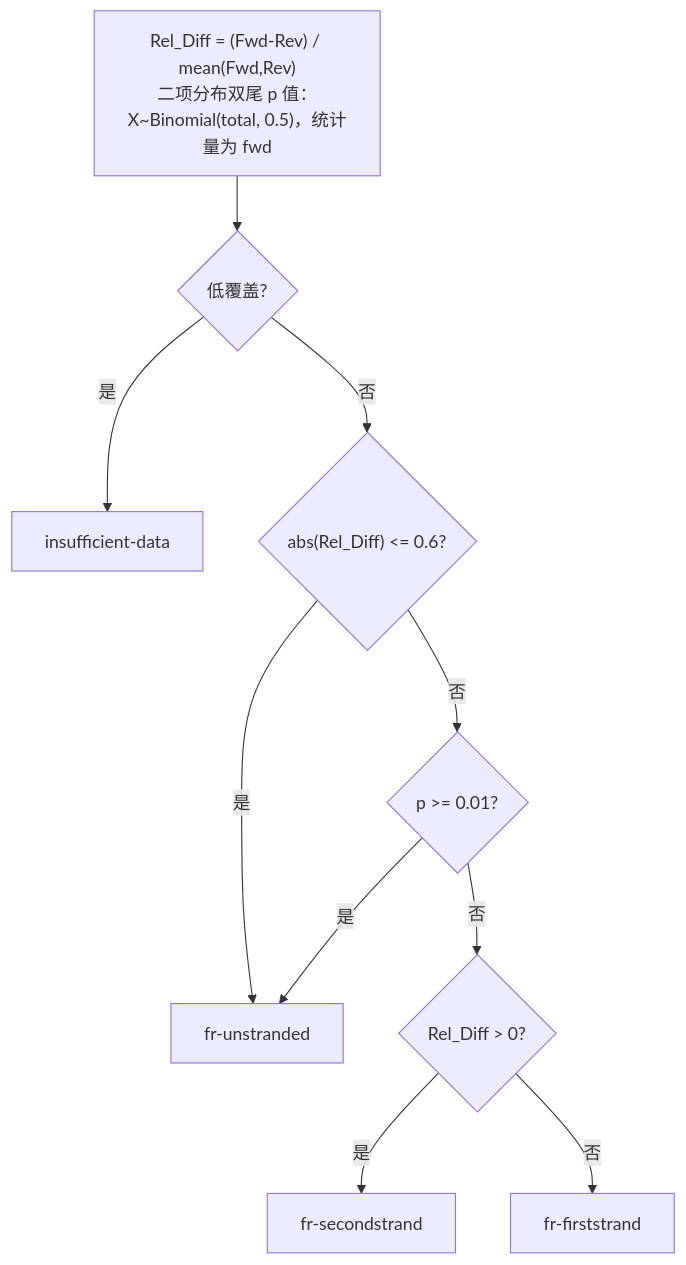
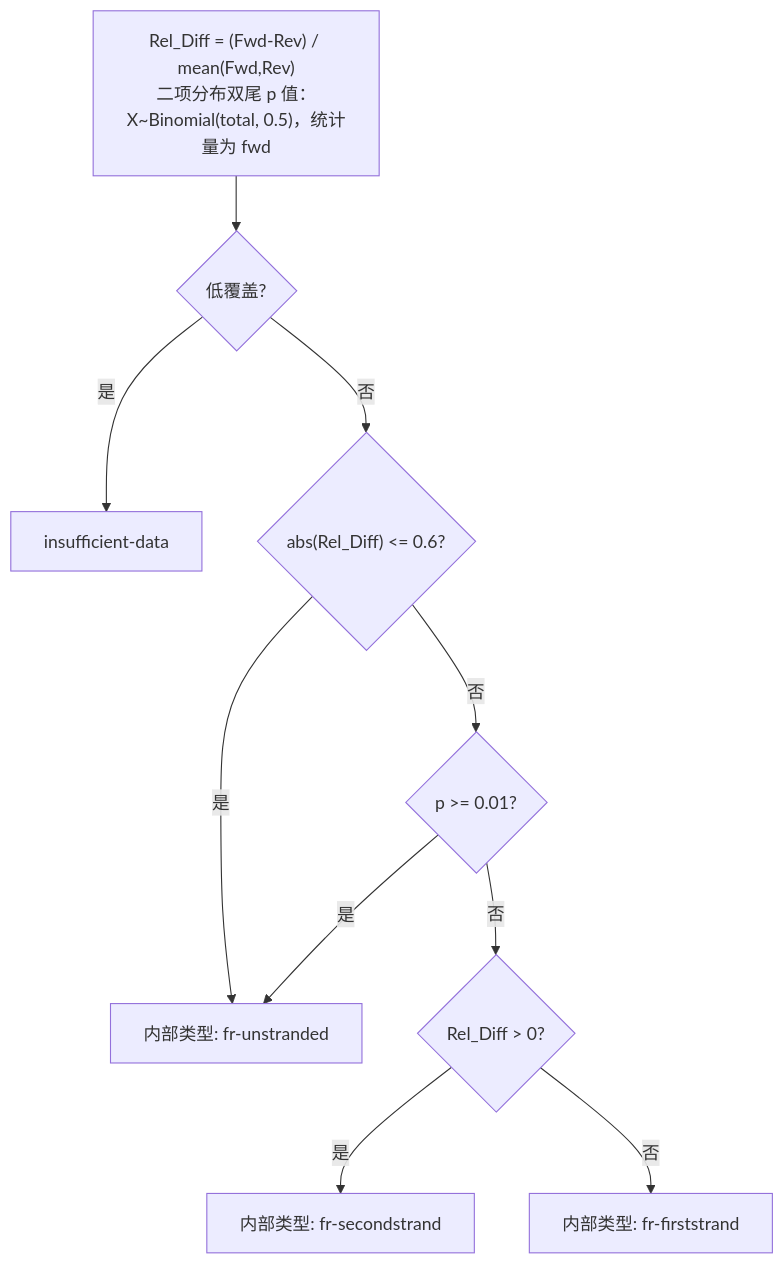
The third of 3 diagrams in README_zh.md (yudalang3/resolveS), drawn with Mermaid before and after one commit. The commit also changed other lines of this file and 12 other files, not shown here.

````diff
--- a/README_zh.md
+++ b/README_zh.md
@@ -246,12 +262,12 @@
 ```mermaid
 flowchart TD
     A["Rel_Diff = (Fwd-Rev) / mean(Fwd,Rev)<br/>二项分布双尾 p 值：X~Binomial(total, 0.5)，统计量为 fwd"] --> B{"低覆盖?"}
     B -->|是| C["insufficient-data"]
     B -->|否| D{"abs(Rel_Diff) <= 0.6?"}
-    D -->|是| E["fr-unstranded"]
+    D -->|是| E["内部类型: fr-unstranded"]
     D -->|否| F{"p >= 0.01?"}
     F -->|是| E
     F -->|否| G{"Rel_Diff > 0?"}
-    G -->|是| H["fr-secondstrand"]
-    G -->|否| I["fr-firststrand"]
+    G -->|是| H["内部类型: fr-secondstrand"]
+    G -->|否| I["内部类型: fr-firststrand"]
 ```
````
